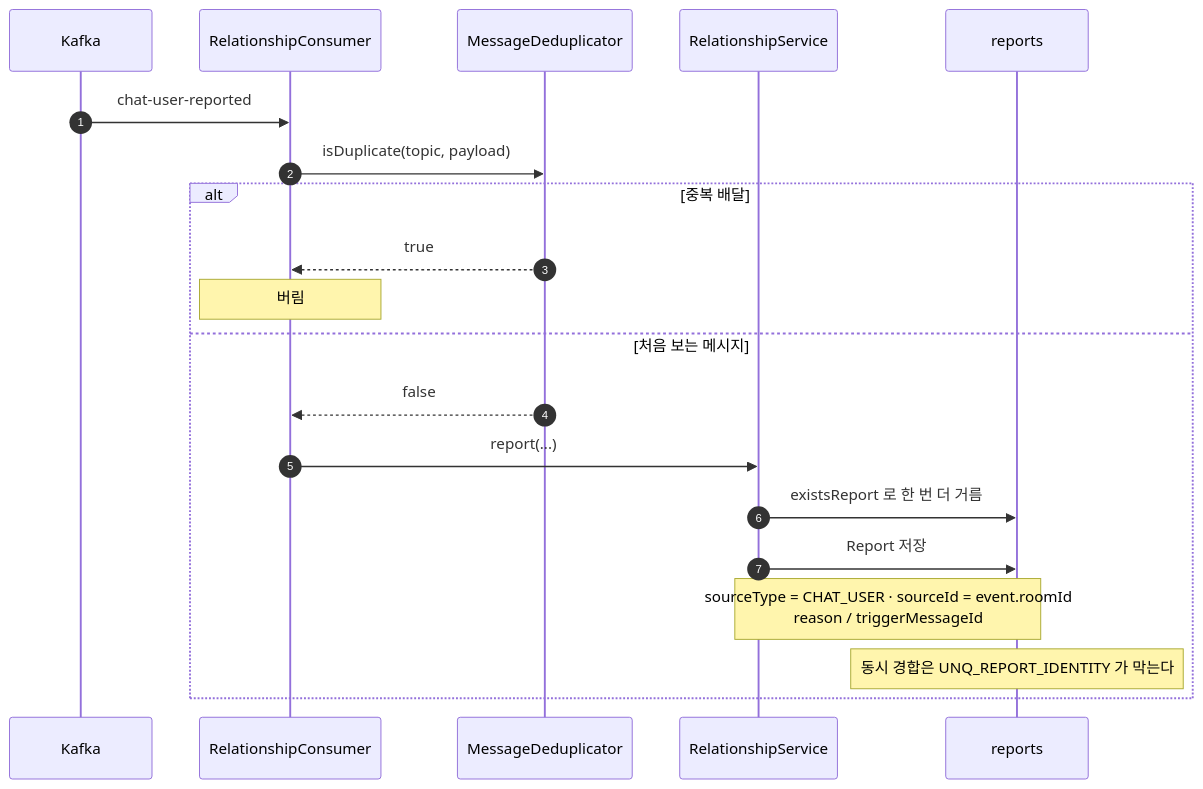
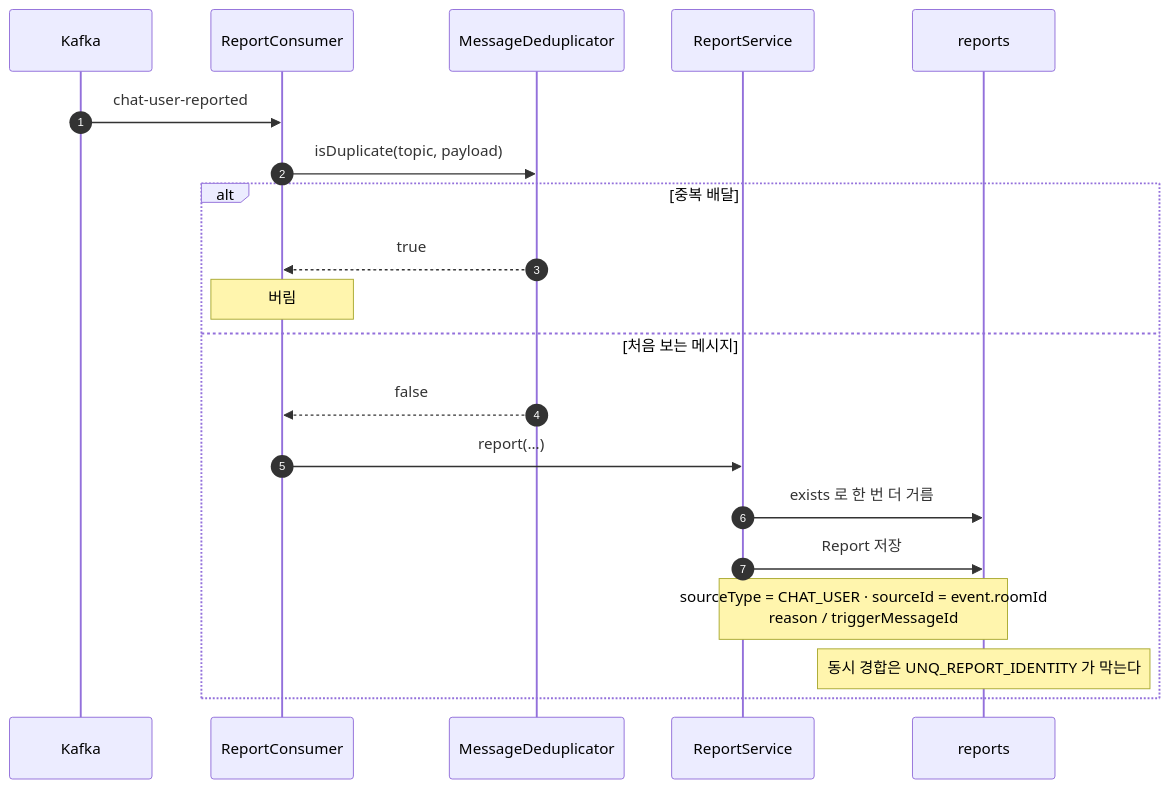
The third of 15 diagrams in ARCHITECTURE.md (rvlwldev/langlez-backend), drawn with Mermaid before and after one commit. The commit also changed other lines of this file and 161 other files, not shown here.

First line of the commit message:
refactor(relationship): relationship 을 follow / block / report 세 모듈로 분리한다 (#37)

````diff
--- a/ARCHITECTURE.md
+++ b/ARCHITECTURE.md
@@ -121,24 +126,24 @@
 ```mermaid
 sequenceDiagram
     autonumber
     participant K as Kafka
-    participant C as RelationshipConsumer
+    participant C as ReportConsumer
     participant D as MessageDeduplicator
-    participant S as RelationshipService
+    participant S as ReportService
     participant DB as reports
 
     K->>C: chat-user-reported
     C->>D: isDuplicate(topic, payload)
 
     alt 중복 배달
         D-->>C: true
         Note over C: 버림
     else 처음 보는 메시지
         D-->>C: false
         C->>S: report(...)
-        S->>DB: existsReport 로 한 번 더 거름
+        S->>DB: exists 로 한 번 더 거름
         S->>DB: Report 저장
         Note over S,DB: sourceType = CHAT_USER · sourceId = event.roomId<br/>reason / triggerMessageId
         Note over DB: 동시 경합은 UNQ_REPORT_IDENTITY 가 막는다
     end
 ```
````
